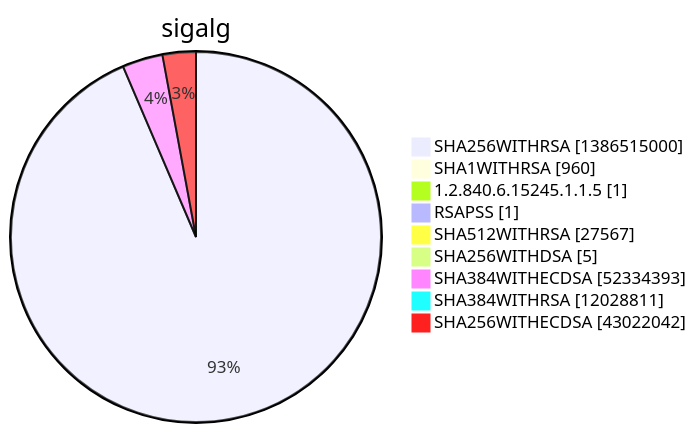
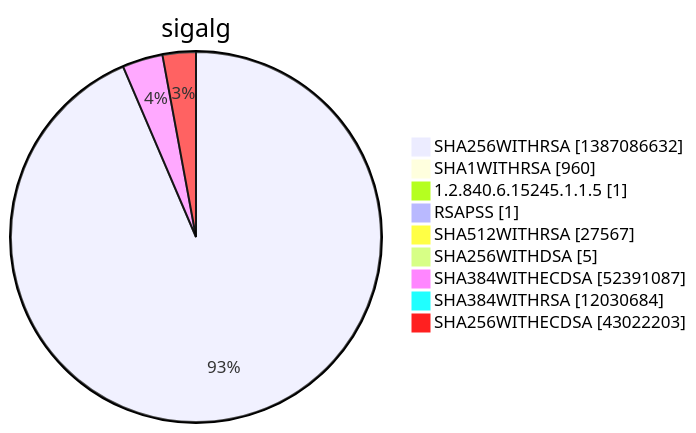
One commit to christiankrug/ctmonitor_visualization changed diagram 15 of 15 in argon2022/README.md. Above: the diagram before and after it, drawn with Mermaid. The commit also changed other lines of this file, not shown here.

````diff
--- a/argon2022/README.md
+++ b/argon2022/README.md
@@ -5524,13 +5524,13 @@
 ```mermaid
 pie showData
 title sigalg
-"SHA256WITHRSA" :1386515000
+"SHA256WITHRSA" :1387086632
 "SHA1WITHRSA" :960
 "1.2.840.6.15245.1.1.5" :1
 "RSAPSS" :1
 "SHA512WITHRSA" :27567
 "SHA256WITHDSA" :5
-"SHA384WITHECDSA" :52334393
-"SHA384WITHRSA" :12028811
-"SHA256WITHECDSA" :43022042
+"SHA384WITHECDSA" :52391087
+"SHA384WITHRSA" :12030684
+"SHA256WITHECDSA" :43022203
 ```
````
